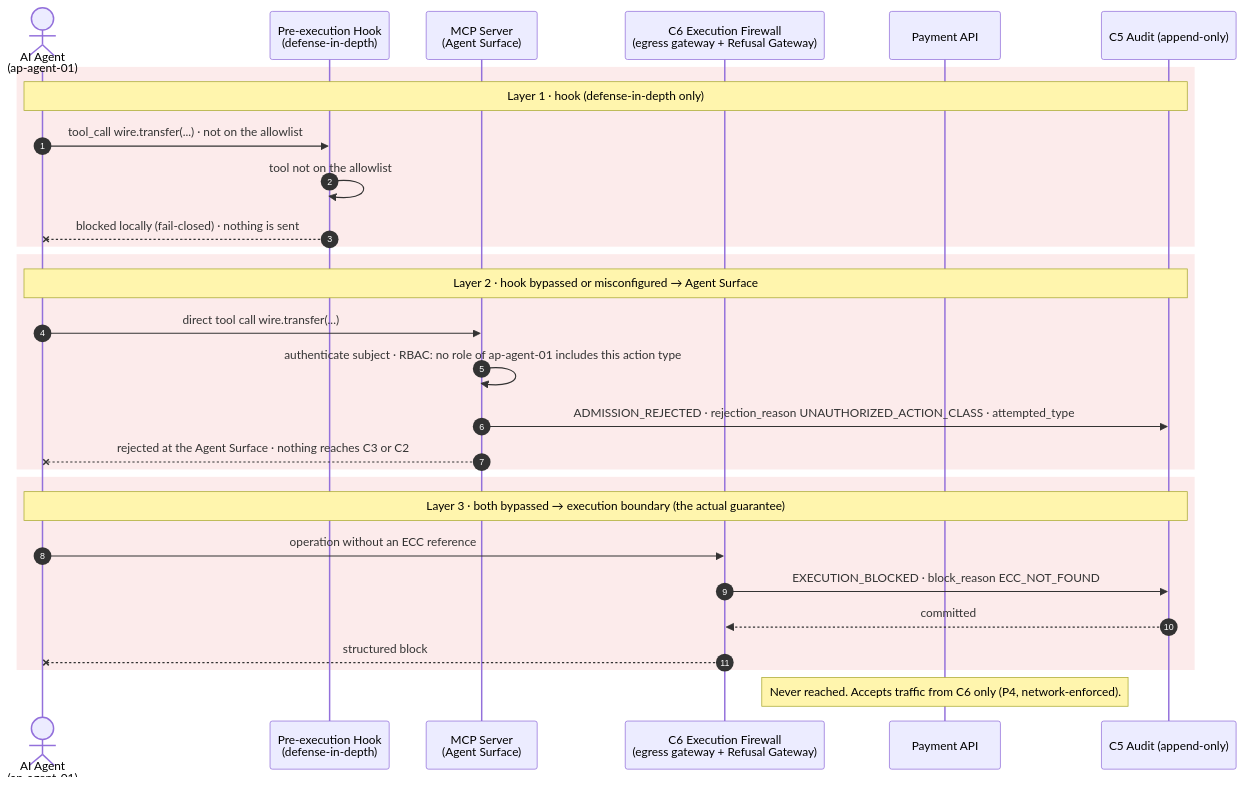
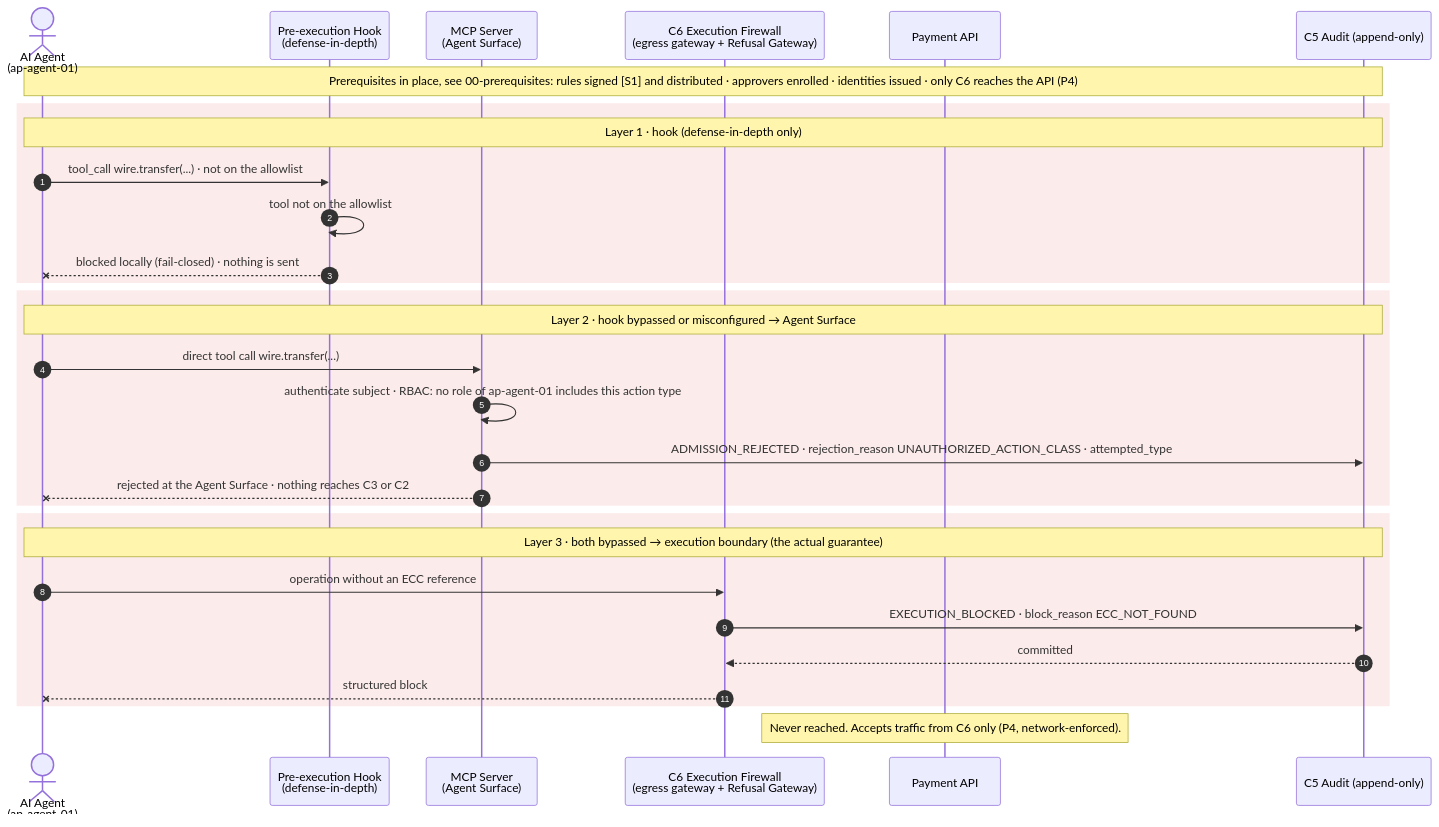
The diagram in docs/examples/payment-via-mcp/04-unregistered-tool.md (CROA-Project/CROA), drawn with Mermaid before and after one commit. The commit also changed 17 other files, not shown here.

````diff
--- a/docs/examples/payment-via-mcp/04-unregistered-tool.md
+++ b/docs/examples/payment-via-mcp/04-unregistered-tool.md
@@ -13,33 +13,35 @@
 ```mermaid
 sequenceDiagram
     autonumber
     actor AG as AI Agent<br/>(ap-agent-01)
     participant HK as Pre-execution Hook<br/>(defense-in-depth)
     participant SRV as MCP Server<br/>(Agent Surface)
     participant C6 as C6 Execution Firewall<br/>(egress gateway + Refusal Gateway)
     participant API as Payment API
     participant C5 as C5 Audit (append-only)
+
+    Note over AG,C5: Prerequisites in place, see 00-prerequisites: rules signed [S1] and distributed · approvers enrolled · identities issued · only C6 reaches the API (P4)
 
     rect rgba(220, 60, 60, 0.10)
         Note over AG,C5: Layer 1 · hook (defense-in-depth only)
         AG->>HK: tool_call wire.transfer(...) · not on the allowlist
         HK->>HK: tool not on the allowlist
         HK--xAG: blocked locally (fail-closed) · nothing is sent
     end
     rect rgba(220, 60, 60, 0.10)
         Note over AG,C5: Layer 2 · hook bypassed or misconfigured → Agent Surface
         AG->>SRV: direct tool call wire.transfer(...)
         SRV->>SRV: authenticate subject · RBAC: no role of ap-agent-01 includes this action type
         SRV->>C5: ADMISSION_REJECTED · rejection_reason UNAUTHORIZED_ACTION_CLASS · attempted_type
         SRV--xAG: rejected at the Agent Surface · nothing reaches C3 or C2
     end
     rect rgba(220, 60, 60, 0.10)
         Note over AG,C5: Layer 3 · both bypassed → execution boundary (the actual guarantee)
         AG->>C6: operation without an ECC reference
         C6->>C5: EXECUTION_BLOCKED · block_reason ECC_NOT_FOUND
         C5-->>C6: committed
         C6--xAG: structured block
     end
 
     Note over API: Never reached. Accepts traffic from C6 only (P4, network-enforced).
 ```
````
